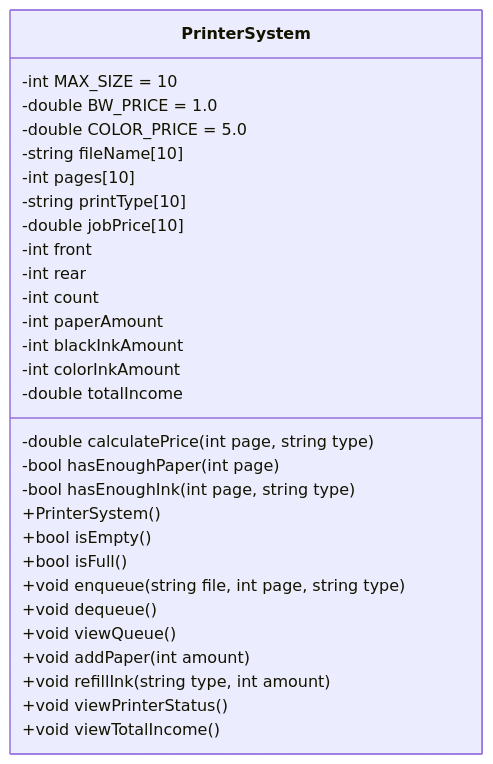
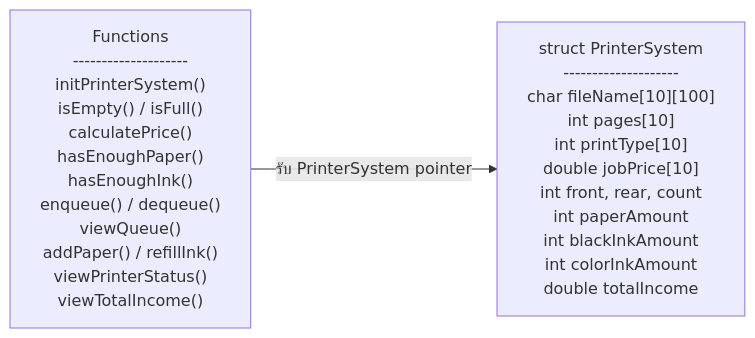
One commit to CrossLammy/DSA-project changed the first of 2 diagrams in printer-system-project-plan.md. Above: the diagram before and after it, drawn with Mermaid. The commit also changed other lines of this file, not shown here.

````diff
--- a/printer-system-project-plan.md
+++ b/printer-system-project-plan.md
@@ -167,34 +210,8 @@
 ```mermaid
-classDiagram
-    class PrinterSystem {
-        -int MAX_SIZE = 10
-        -double BW_PRICE = 1.0
-        -double COLOR_PRICE = 5.0
-        -string fileName[10]
-        -int pages[10]
-        -string printType[10]
-        -double jobPrice[10]
-        -int front
-        -int rear
-        -int count
-        -int paperAmount
-        -int blackInkAmount
-        -int colorInkAmount
-        -double totalIncome
+flowchart LR
+    S["struct PrinterSystem<br/>--------------------<br/>char fileName[10][100]<br/>int pages[10]<br/>int printType[10]<br/>double jobPrice[10]<br/>int front, rear, count<br/>int paperAmount<br/>int blackInkAmount<br/>int colorInkAmount<br/>double totalIncome"]
 
-        -double calculatePrice(int page, string type)
-        -bool hasEnoughPaper(int page)
-        -bool hasEnoughInk(int page, string type)
+    F["Functions<br/>--------------------<br/>initPrinterSystem()<br/>isEmpty() / isFull()<br/>calculatePrice()<br/>hasEnoughPaper()<br/>hasEnoughInk()<br/>enqueue() / dequeue()<br/>viewQueue()<br/>addPaper() / refillInk()<br/>viewPrinterStatus()<br/>viewTotalIncome()"]
 
-        +PrinterSystem()
-        +bool isEmpty()
-        +bool isFull()
-        +void enqueue(string file, int page, string type)
-        +void dequeue()
-        +void viewQueue()
-        +void addPaper(int amount)
-        +void refillInk(string type, int amount)
-        +void viewPrinterStatus()
-        +void viewTotalIncome()
-    }
+    F -->|รับ PrinterSystem pointer| S
 ```
````
